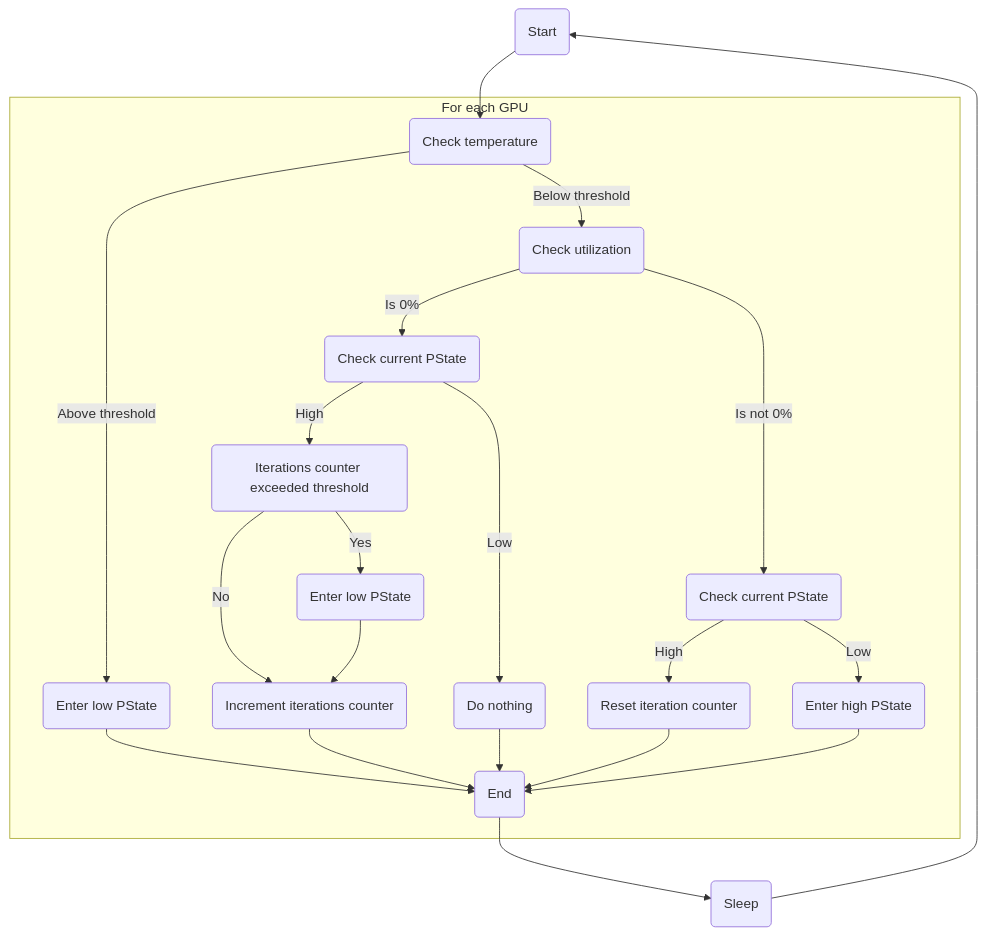
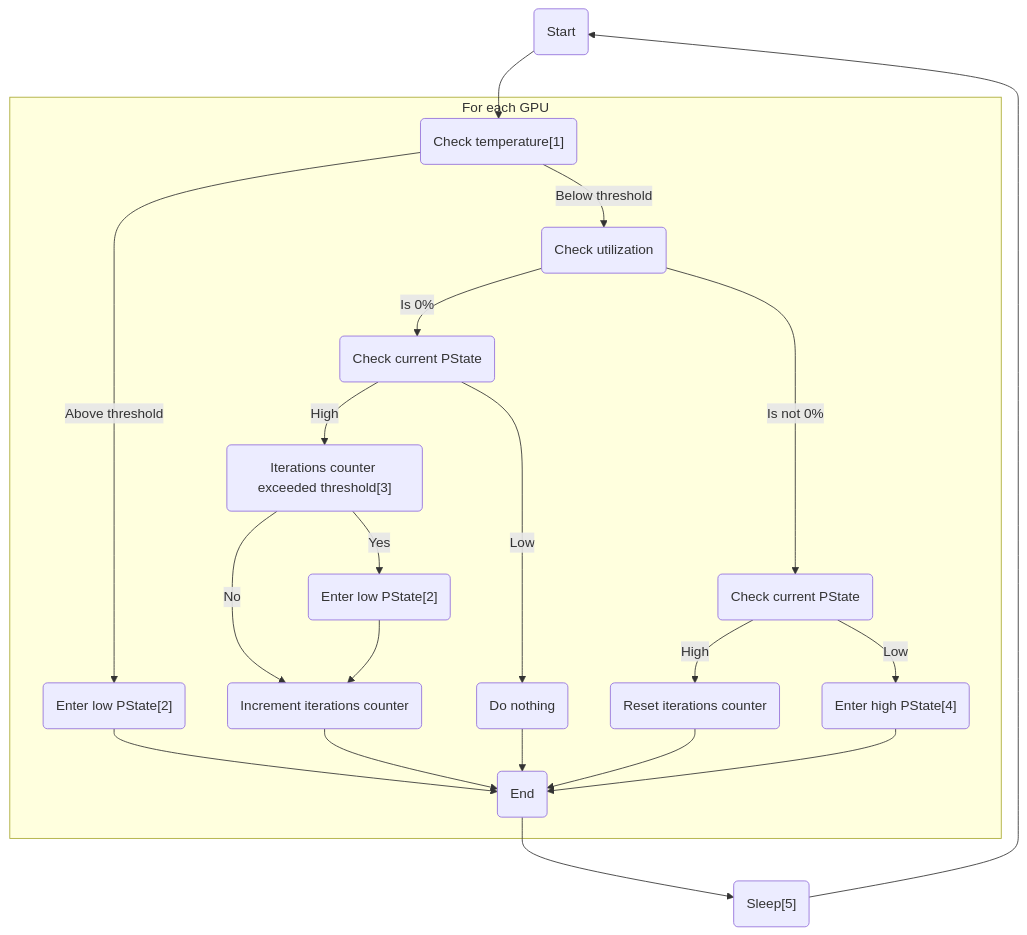
One commit to sasha0552/nvidia-pstated changed the diagram in README.md. Above: the diagram before and after it, drawn with Mermaid. The commit also changed other lines of this file, not shown here.

````diff
--- a/README.md
+++ b/README.md
@@ -7,24 +7,24 @@
 ```mermaid
 flowchart TD
     A(Start) --> B
     subgraph For each GPU
-    B(Check temperature) -->|Below threshold| D
-    B(Check temperature) -->|Above threshold| C
-    C(Enter low PState) --> M
+    B("Check temperature[1]") -->|Below threshold| D
+    B("Check temperature[1]") -->|Above threshold| C
+    C("Enter low PState[2]") --> M
     D(Check utilization) -->|Is 0%| E
     D(Check utilization) -->|Is not 0%| J
     E(Check current PState) -->|High| F
     E(Check current PState) -->|Low| I
-    F(Iterations counter exceeded threshold) -->|Yes| G
-    F(Iterations counter exceeded threshold) -->|No| H
-    G(Enter low PState) --> H
+    F("Iterations counter exceeded threshold[3]") -->|Yes| G
+    F("Iterations counter exceeded threshold[3]") -->|No| H
+    G("Enter low PState[2]") --> H
     H(Increment iterations counter) --> M
     I(Do nothing) --> M
     J(Check current PState) -->|High| K
     J(Check current PState) -->|Low| L
-    K(Reset iteration counter) --> M
-    L(Enter high PState) --> M
+    K(Reset iterations counter) --> M
+    L("Enter high PState[4]") --> M
     end
     M(End) --> N
-    N(Sleep) --> A
+    N("Sleep[5]") --> A
 ```
````
